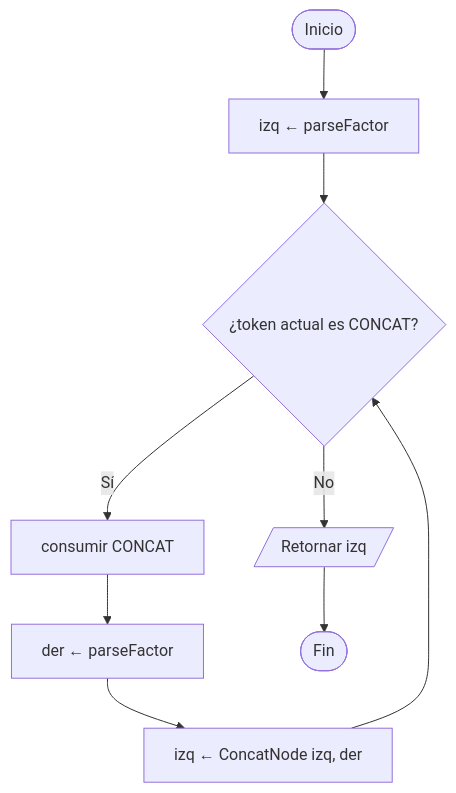
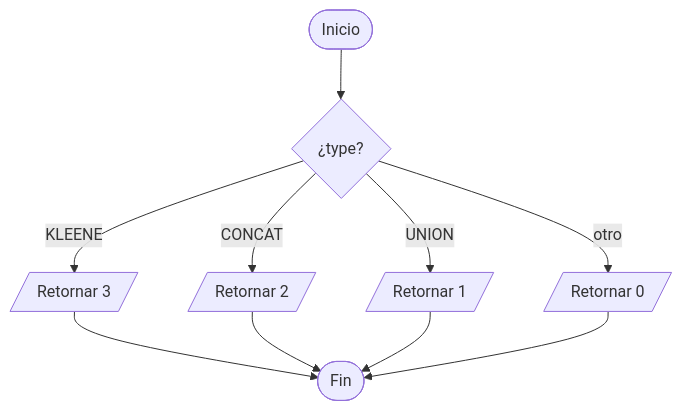
Before and after one commit to Leosanlo30/RegEx-to-DFA-Visualizer: the second of 4 diagrams in docs/diagramas/02-parser.md, drawn with Mermaid. The commit also changed other lines of this file and 10 other files, not shown here.

Commit message:
docs: alinear diagramas de flujo con UML.md y REQUIREMENTS.md

````diff
--- a/docs/diagramas/02-parser.md
+++ b/docs/diagramas/02-parser.md
@@ -43,11 +19,12 @@
 ```mermaid
 flowchart TD
-    A([Inicio]) --> B[izq ← parseFactor]
-    B --> C{¿token actual es CONCAT?}
-    C -- Sí --> D[consumir CONCAT]
-    D --> E[der ← parseFactor]
-    E --> F[izq ← ConcatNode izq, der]
-    F --> C
-    C -- No --> G[/Retornar izq/]
-    G --> H([Fin])
+    A([Inicio]) --> B{¿type?}
+    B -- KLEENE --> C[/Retornar 3/]
+    B -- CONCAT --> D[/Retornar 2/]
+    B -- UNION --> E[/Retornar 1/]
+    B -- otro --> F[/Retornar 0/]
+    C --> Z([Fin])
+    D --> Z
+    E --> Z
+    F --> Z
 ```
````
